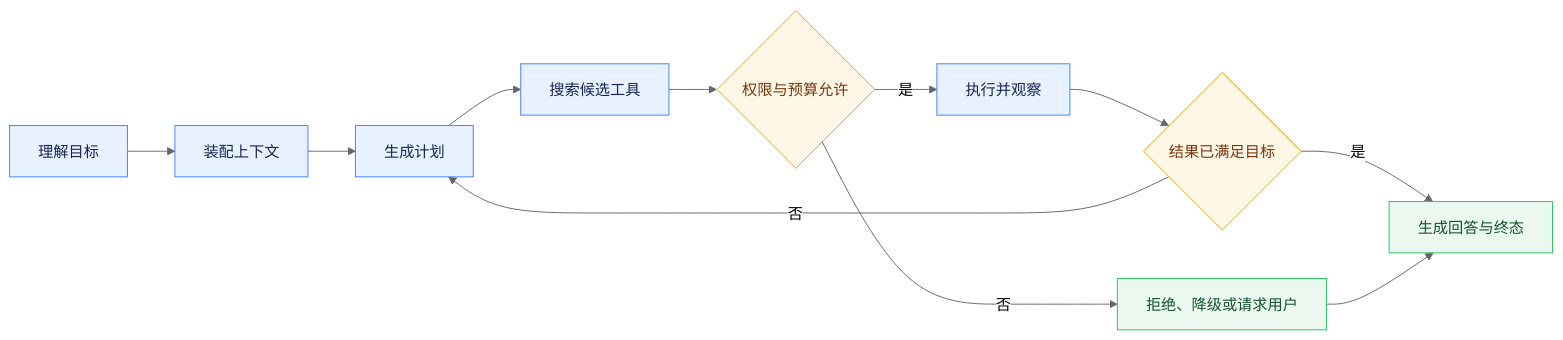
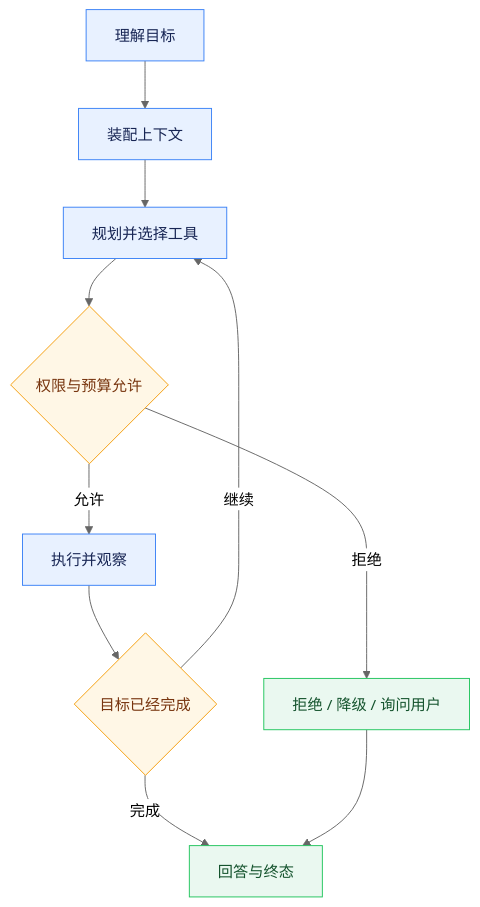
Before and after one commit to Logistic98/job-buddy: the fifth of 5 diagrams in agent-doc/架构设计/系统架构与核心链路.md, drawn with Mermaid (neutral theme). The commit also changed other lines of this file and 32 other files, not shown here.

````diff
--- a/agent-doc/架构设计/系统架构与核心链路.md
+++ b/agent-doc/架构设计/系统架构与核心链路.md
@@ -161,20 +142,19 @@
 ```mermaid
-graph LR
+graph TD
     A[理解目标] --> B[装配上下文]
-    B --> C[生成计划]
-    C --> D[搜索候选工具]
-    D --> E{权限与预算允许}
-    E -->|是| F[执行并观察]
-    F --> G{结果已满足目标}
-    G -->|否| C
-    G -->|是| H[生成回答与终态]
-    E -->|否| I["拒绝、降级或请求用户"]
-    I --> H
+    B --> C[规划并选择工具]
+    C --> D{权限与预算允许}
+    D -->|允许| E[执行并观察]
+    E --> F{目标已经完成}
+    F -->|继续| C
+    F -->|完成| G[回答与终态]
+    D -->|拒绝| H["拒绝 / 降级 / 询问用户"]
+    H --> G
 
     classDef phase fill:#E8F1FF,stroke:#3B82F6,color:#172554;
     classDef decision fill:#FFF7E6,stroke:#F59E0B,color:#78350F;
     classDef terminal fill:#EAF8F0,stroke:#22C55E,color:#14532D;
-    class A,B,C,D,F phase;
-    class E,G decision;
-    class H,I terminal;
+    class A,B,C,E phase;
+    class D,F decision;
+    class G,H terminal;
 ```
````
